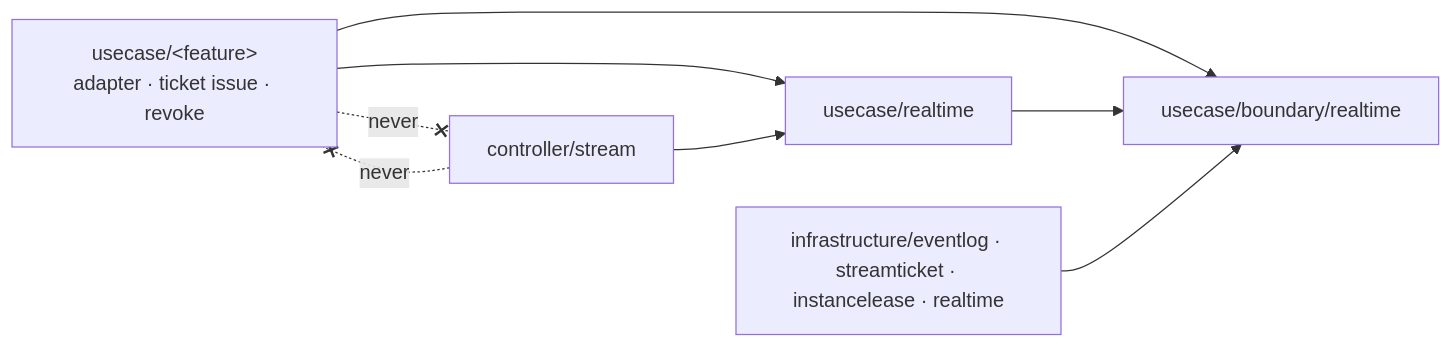
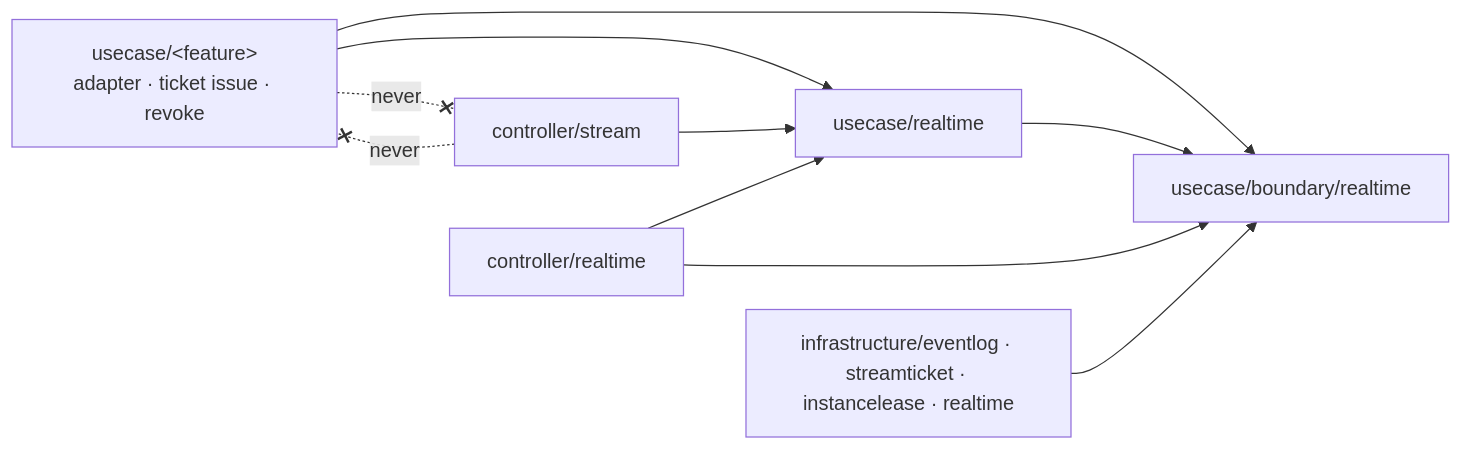
One commit to Tomy-ch/go-boilerplate changed the sixth of 7 diagrams in docs/design/realtime-delivery.md. Above: the diagram before and after it, drawn with Mermaid. The commit also changed other lines of this file and 2 other files, not shown here.

First line of the commit message:
Docs: 設計正本に consumer engine の配置と fan-out の deployment 契約を書き、依存 inventory を追随させる

````diff
--- a/docs/design/realtime-delivery.md
+++ b/docs/design/realtime-delivery.md
@@ -174,10 +176,12 @@
 ```mermaid
 flowchart LR
   feature["usecase/&lt;feature&gt;<br/>adapter · ticket issue · revoke"] --> boundary["usecase/boundary/realtime"]
   feature --> ucrt
   ucrt["usecase/realtime"] --> boundary
   stream["controller/stream"] --> ucrt
+  consumer["controller/realtime"] --> ucrt
+  consumer --> boundary
   infra["infrastructure/eventlog · streamticket · instancelease · realtime"] --> boundary
   feature -. "never" .-x stream
   stream -. "never" .-x feature
 ```
````
